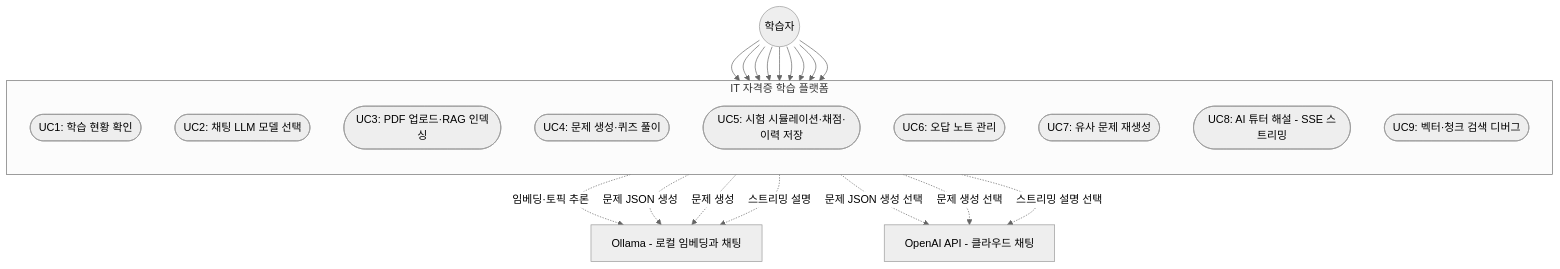
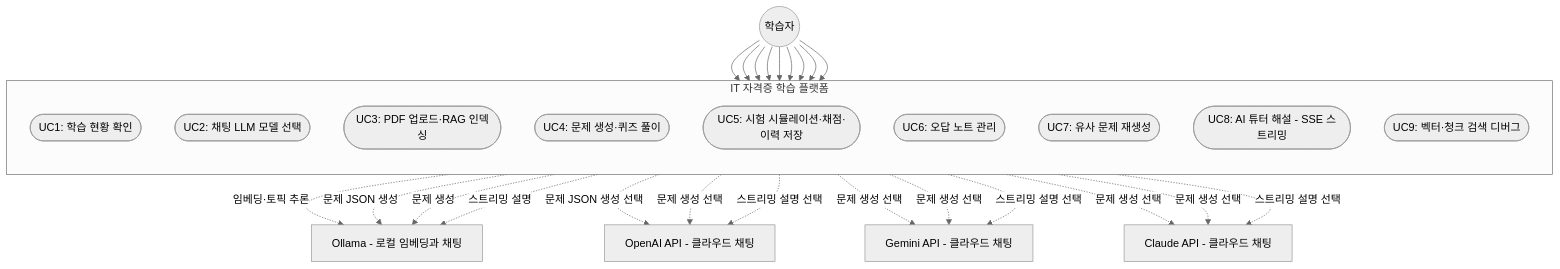
One commit to yoonJJ/cert-rag-platform changed the third of 3 diagrams in README.md. Above: the diagram before and after it, drawn with Mermaid (neutral theme). The commit also changed other lines of this file and 10 other files, not shown here.

Commit message:
AI API 추가(gemini, claude

````diff
--- a/README.md
+++ b/README.md
@@ -233,37 +240,45 @@
 ```mermaid
 flowchart TB
   learner((학습자))
   ollama[Ollama - 로컬 임베딩과 채팅]
   openai[OpenAI API - 클라우드 채팅]
+  gemini[Gemini API - 클라우드 채팅]
+  claude[Claude API - 클라우드 채팅]
 
   subgraph sys [IT 자격증 학습 플랫폼]
     direction TB
     uc1([UC1: 학습 현황 확인])
     uc2([UC2: 채팅 LLM 모델 선택])
     uc3([UC3: PDF 업로드·RAG 인덱싱])
     uc4([UC4: 문제 생성·퀴즈 풀이])
     uc5([UC5: 시험 시뮬레이션·채점·이력 저장])
     uc6([UC6: 오답 노트 관리])
     uc7([UC7: 유사 문제 재생성])
     uc8([UC8: AI 튜터 해설 - SSE 스트리밍])
     uc9([UC9: 벡터·청크 검색 디버그])
   end
 
   learner --> uc1
   learner --> uc2
   learner --> uc3
   learner --> uc4
   learner --> uc5
   learner --> uc6
   learner --> uc7
   learner --> uc8
   learner --> uc9
 
   uc3 -.->|임베딩·토픽 추론| ollama
   uc4 -.->|문제 JSON 생성| ollama
   uc7 -.->|문제 생성| ollama
   uc8 -.->|스트리밍 설명| ollama
   uc4 -.->|문제 JSON 생성 선택| openai
   uc7 -.->|문제 생성 선택| openai
   uc8 -.->|스트리밍 설명 선택| openai
+  uc4 -.->|문제 생성 선택| gemini
+  uc7 -.->|문제 생성 선택| gemini
+  uc8 -.->|스트리밍 설명 선택| gemini
+  uc4 -.->|문제 생성 선택| claude
+  uc7 -.->|문제 생성 선택| claude
+  uc8 -.->|스트리밍 설명 선택| claude
 ```
````
